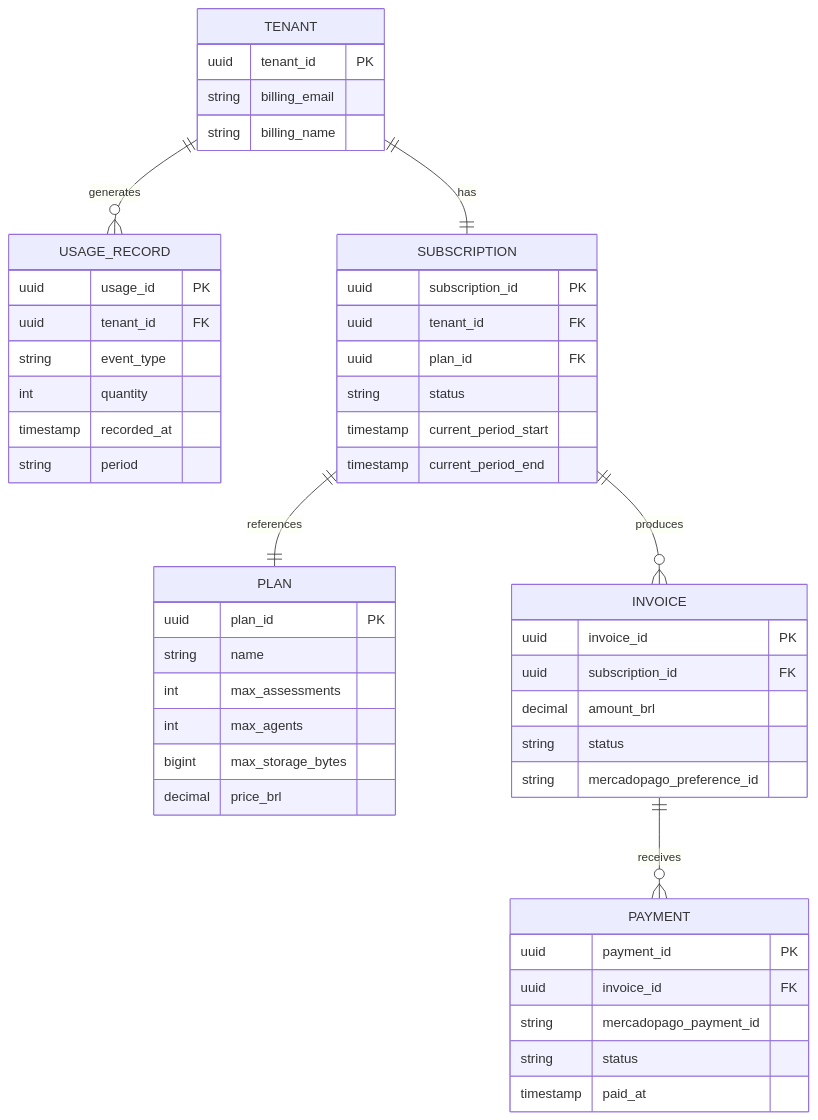
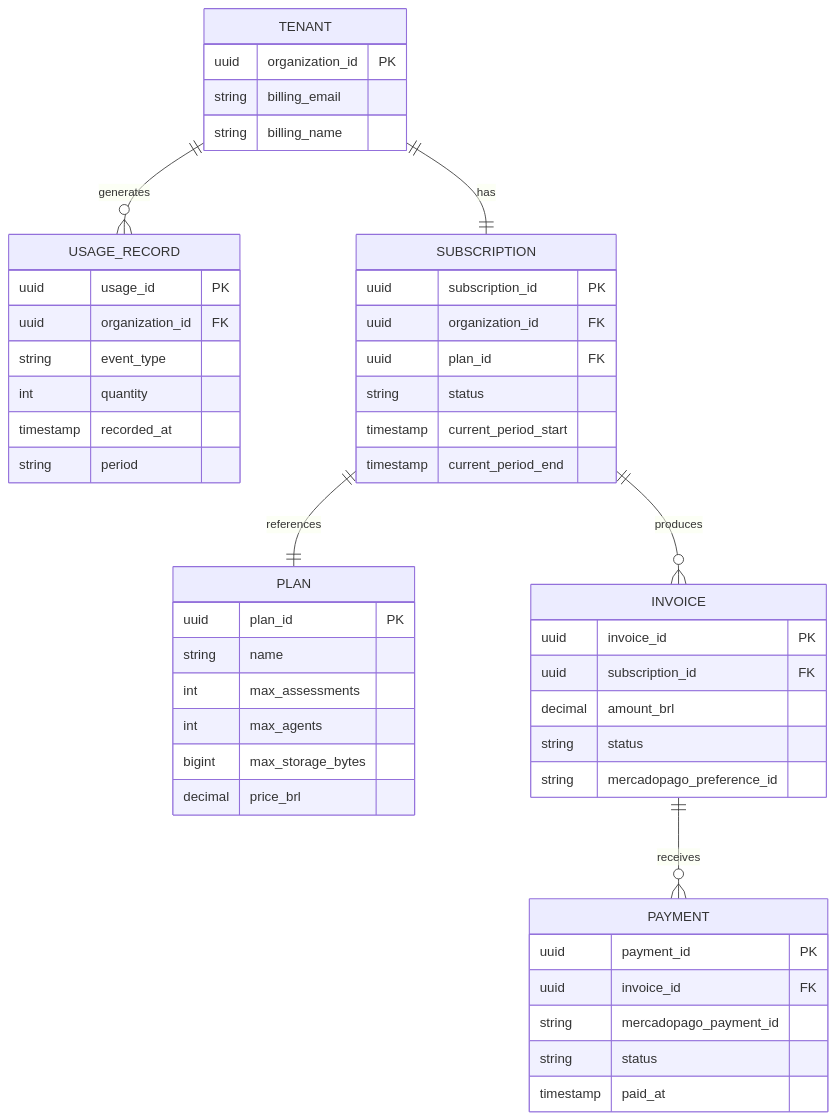
The third of 3 diagrams in apps/docs/src/content/docs/architecture/f11-usage-metering-billing.md (resper1965/standard-api), drawn with Mermaid before and after one commit. The commit also changed other lines of this file and 507 other files, not shown here.

````diff
--- a/apps/docs/src/content/docs/architecture/f11-usage-metering-billing.md
+++ b/apps/docs/src/content/docs/architecture/f11-usage-metering-billing.md
@@ -148,57 +148,57 @@
 ```mermaid
 erDiagram
     TENANT ||--o{ USAGE_RECORD : generates
     TENANT ||--|| SUBSCRIPTION : has
     SUBSCRIPTION ||--|| PLAN : references
     SUBSCRIPTION ||--o{ INVOICE : produces
     INVOICE ||--o{ PAYMENT : receives
 
     TENANT {
-        uuid tenant_id PK
+        uuid organization_id PK
         string billing_email
         string billing_name
     }
 
     USAGE_RECORD {
         uuid usage_id PK
-        uuid tenant_id FK
+        uuid organization_id FK
         string event_type
         int quantity
         timestamp recorded_at
         string period
     }
 
     PLAN {
         uuid plan_id PK
         string name
         int max_assessments
         int max_agents
         bigint max_storage_bytes
         decimal price_brl
     }
 
     SUBSCRIPTION {
         uuid subscription_id PK
-        uuid tenant_id FK
+        uuid organization_id FK
         uuid plan_id FK
         string status
         timestamp current_period_start
         timestamp current_period_end
     }
 
     INVOICE {
         uuid invoice_id PK
         uuid subscription_id FK
         decimal amount_brl
         string status
         string mercadopago_preference_id
     }
 
     PAYMENT {
         uuid payment_id PK
         uuid invoice_id FK
         string mercadopago_payment_id
         string status
         timestamp paid_at
     }
 ```
````
